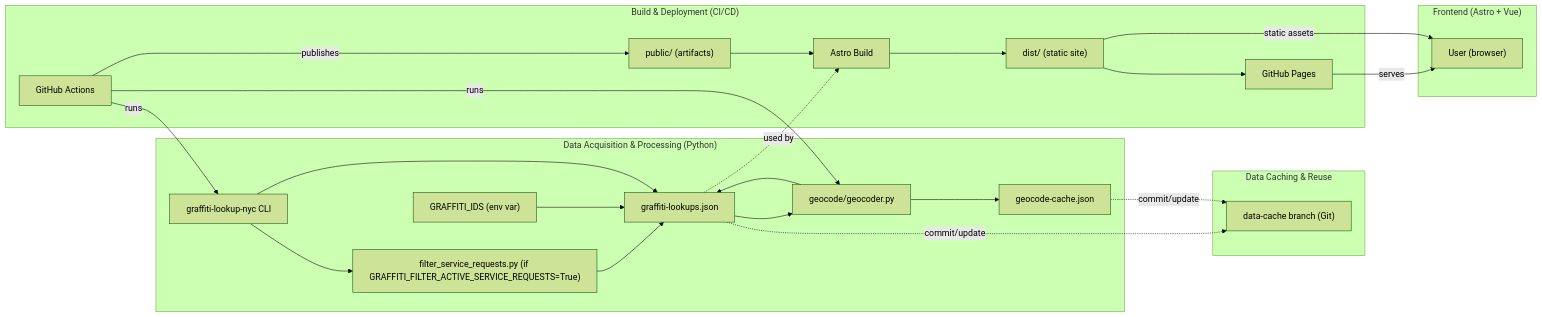
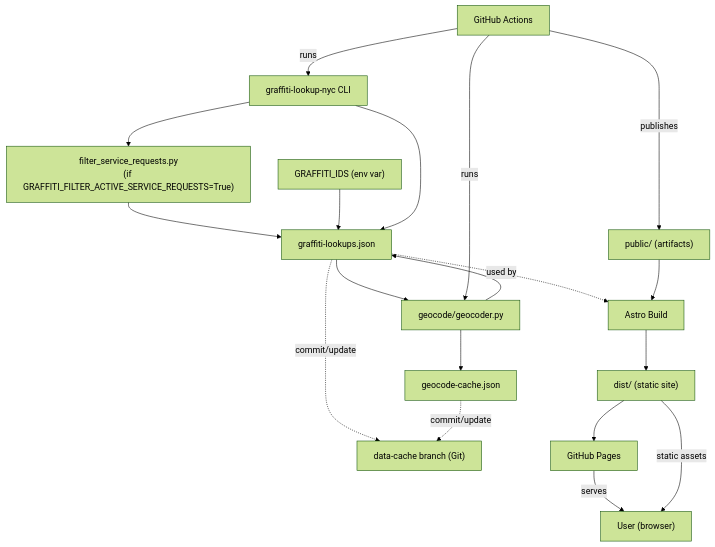
The diagram in README.md (njamaleddine/graffiti-lookup-nyc-web), drawn with Mermaid (forest theme) before and after one commit. The commit also changed other lines of this file, not shown here.

````diff
--- a/README.md
+++ b/README.md
@@ -130,39 +130,43 @@
 ```mermaid
-flowchart LR
+flowchart TD
 
-   subgraph "Data Acquisition & Processing (Python)"
-      CLI["graffiti-lookup-nyc CLI"]
-      FILTER["filter_service_requests.py (if GRAFFITI_FILTER_ACTIVE_SERVICE_REQUESTS=True)"]
-      GEOCODE["geocode/geocoder.py"]
-      IDS["GRAFFITI_IDS (env var)"]
-      CLI --> FILTER
-      FILTER --> LOOKUPS["graffiti-lookups.json"]
-      IDS --> LOOKUPS
-      CLI --> LOOKUPS
-      LOOKUPS --> GEOCODE
-      GEOCODE --> CACHE["geocode-cache.json"]
-      GEOCODE --> LOOKUPS
-   end
+  CLI["graffiti-lookup-nyc CLI"]
+  FILTER["filter_service_requests.py\n(if GRAFFITI_FILTER_ACTIVE_SERVICE_REQUESTS=True)"]
+  IDS["GRAFFITI_IDS (env var)"]
+  GEOCODE["geocode/geocoder.py"]
+  LOOKUPS["graffiti-lookups.json"]
+  CACHE["geocode-cache.json"]
+  DATA_CACHE["data-cache branch (Git)"]
+  GH_ACTIONS["GitHub Actions"]
+  PUBLIC["public/ (artifacts)"]
+  ASTRO["Astro Build"]
+  DIST["dist/ (static site)"]
+  GH_PAGES["GitHub Pages"]
+  USER["User (browser)"]
 
+  %% Data flow
+  CLI --> FILTER
+  FILTER --> LOOKUPS
+  IDS --> LOOKUPS
+  CLI --> LOOKUPS
+  LOOKUPS --> GEOCODE
+  GEOCODE --> CACHE
+  GEOCODE --> LOOKUPS
 
-   subgraph "Data Caching & Reuse"
-      LOOKUPS -.->|commit/update| DATA_CACHE["data-cache branch (Git)"]
-      CACHE -.->|commit/update| DATA_CACHE
-   end
+  %% Data caching
+  LOOKUPS -.->|commit/update| DATA_CACHE
+  CACHE -.->|commit/update| DATA_CACHE
 
-   subgraph "Build & Deployment (CI/CD)"
-      GH_ACTIONS["GitHub Actions"]
-      GH_ACTIONS -->|runs| CLI
-      GH_ACTIONS -->|runs| GEOCODE
-      GH_ACTIONS -->|publishes| PUBLIC["public/ (artifacts)"]
-      LOOKUPS -.->|used by| ASTRO["Astro Build"]
-      PUBLIC --> ASTRO
-      ASTRO --> DIST["dist/ (static site)"]
-      DIST --> GH_PAGES["GitHub Pages"]
-   end
+  %% CI/CD and build
+  GH_ACTIONS -->|runs| CLI
+  GH_ACTIONS -->|runs| GEOCODE
+  GH_ACTIONS -->|publishes| PUBLIC
+  LOOKUPS -.->|used by| ASTRO
+  PUBLIC --> ASTRO
+  ASTRO --> DIST
+  DIST --> GH_PAGES
 
-   subgraph "Frontend (Astro + Vue)"
-      GH_PAGES -->|serves| USER["User (browser)"]
-      DIST -->|static assets| USER
-   end
+  %% Frontend
+  GH_PAGES -->|serves| USER
+  DIST -->|static assets| USER
 ```
````
